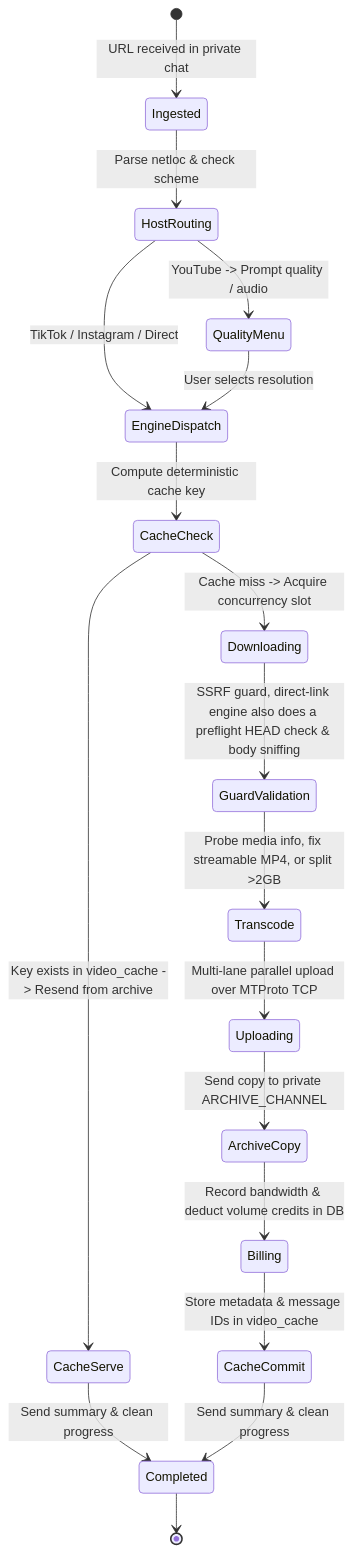
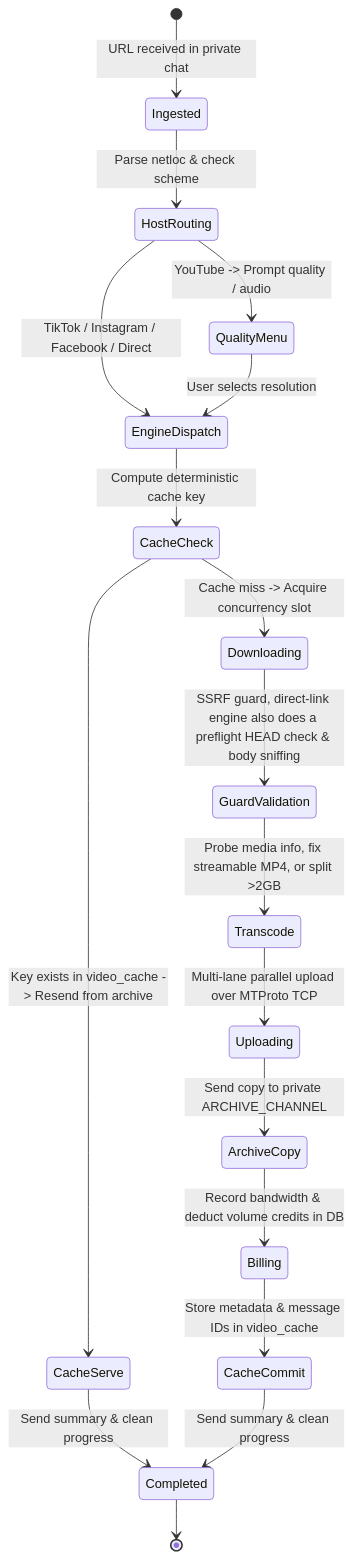
One commit to Omer-Dahan/media-bot-v2 changed the second of 2 diagrams in README.md. Above: the diagram before and after it, drawn with Mermaid. The commit also changed other lines of this file and 2 other files, not shown here.

Commit message:
fix: use the cleaned Facebook title for the delivered file name

````diff
--- a/README.md
+++ b/README.md
@@ -216,20 +216,20 @@
 ```mermaid
 stateDiagram-v2
     [*] --> Ingested: URL received in private chat
     Ingested --> HostRouting: Parse netloc & check scheme
     HostRouting --> QualityMenu: YouTube -> Prompt quality / audio
-    HostRouting --> EngineDispatch: TikTok / Instagram / Direct
+    HostRouting --> EngineDispatch: TikTok / Instagram / Facebook / Direct
     QualityMenu --> EngineDispatch: User selects resolution
     EngineDispatch --> CacheCheck: Compute deterministic cache key
     CacheCheck --> CacheServe: Key exists in video_cache -> Resend from archive
     CacheCheck --> Downloading: Cache miss -> Acquire concurrency slot
     Downloading --> GuardValidation: SSRF guard, direct-link engine also does a preflight HEAD check & body sniffing
     GuardValidation --> Transcode: Probe media info, fix streamable MP4, or split >2GB
     Transcode --> Uploading: Multi-lane parallel upload over MTProto TCP
     Uploading --> ArchiveCopy: Send copy to private ARCHIVE_CHANNEL
     ArchiveCopy --> Billing: Record bandwidth & deduct volume credits in DB
     Billing --> CacheCommit: Store metadata & message IDs in video_cache
     CacheServe --> Completed: Send summary & clean progress
     CacheCommit --> Completed: Send summary & clean progress
     Completed --> [*]
 ```
````
